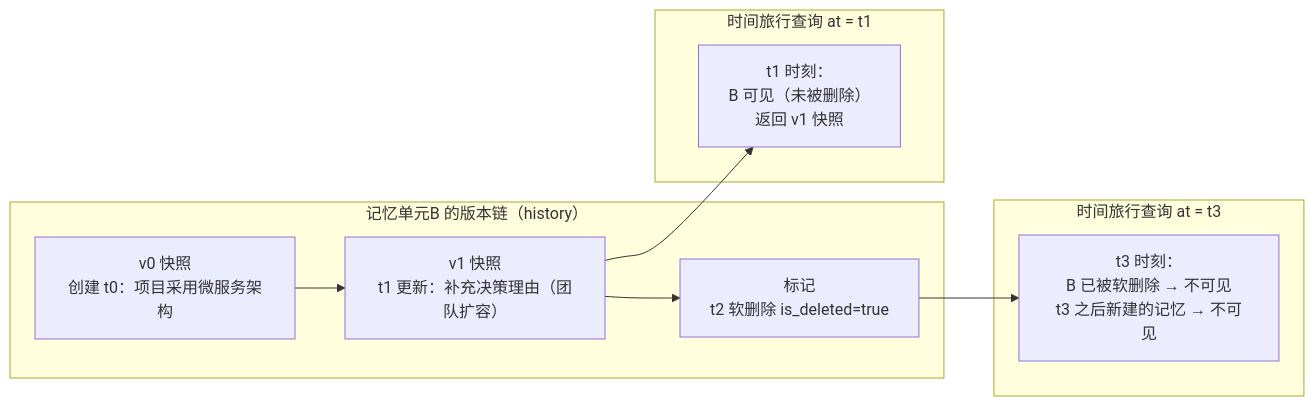
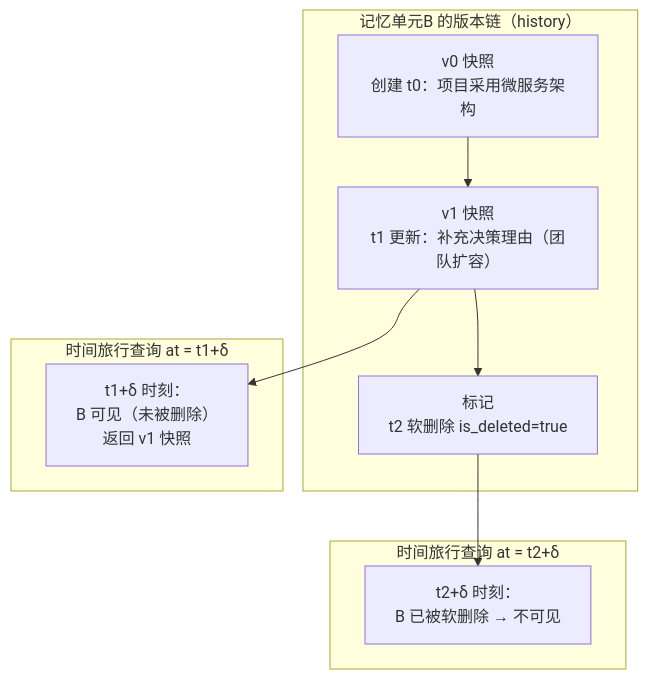
The fifth of 11 diagrams in .reasonix/patent/一种AI智能体仿生记忆装置和召回方法.md (agentic-data-ops/bionic-graph), drawn with Mermaid before and after one commit. The commit also changed other lines of this file, not shown here.

````diff
--- a/.reasonix/patent/一种AI智能体仿生记忆装置和召回方法.md
+++ b/.reasonix/patent/一种AI智能体仿生记忆装置和召回方法.md
@@ -319,17 +312,17 @@
 ```mermaid
-flowchart LR
+flowchart TB
     subgraph VH["记忆单元B 的版本链（history）"]
         v0["v0 快照<br/>创建 t0：项目采用微服务架构"]
         v1["v1 快照<br/>t1 更新：补充决策理由（团队扩容）"]
         v2["标记<br/>t2 软删除 is_deleted=true"]
     end
     v0 --> v1 --> v2
-    subgraph Q1["时间旅行查询 at = t1"]
-        F1["t1 时刻：<br/>B 可见（未被删除）<br/>返回 v1 快照"]
+    subgraph Q1["时间旅行查询 at = t1+δ"]
+        F1["t1+δ 时刻：<br/>B 可见（未被删除）<br/>返回 v1 快照"]
     end
-    subgraph Q2["时间旅行查询 at = t3"]
-        F2["t3 时刻：<br/>B 已被软删除 → 不可见<br/>t3 之后新建的记忆 → 不可见"]
+    subgraph Q2["时间旅行查询 at = t2+δ"]
+        F2["t2+δ 时刻：<br/>B 已被软删除 → 不可见"]
     end
     v2 --> F2
     v1 --> F1
 ```
````
